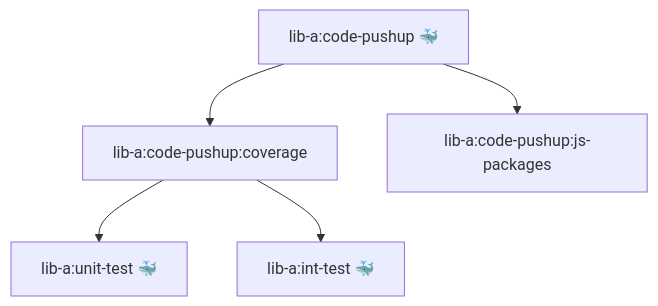
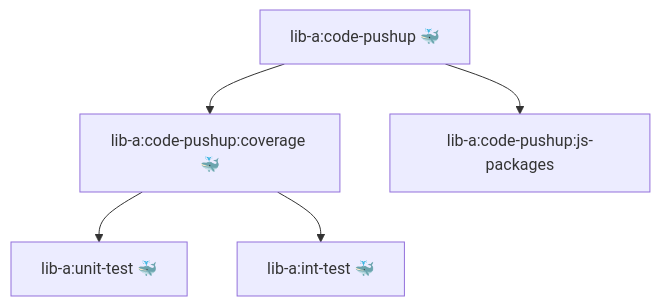
Before and after one commit to code-pushup/cli: the diagram in packages/cli/docs/nx-caching.md, drawn with Mermaid. The commit also changed other lines of this file, not shown here.

````diff
--- a/packages/cli/docs/nx-caching.md
+++ b/packages/cli/docs/nx-caching.md
@@ -108,7 +110,7 @@
 ```mermaid
 graph TD
-  A[lib-a:code-pushup 🐳] --> B[lib-a:code-pushup:coverage]
+  A[lib-a:code-pushup 🐳] --> B[lib-a:code-pushup:coverage 🐳]
   A --> E[lib-a:code-pushup:js-packages]
   B --> C[lib-a:unit-test 🐳]
   B --> D[lib-a:int-test 🐳]
 ```
````
